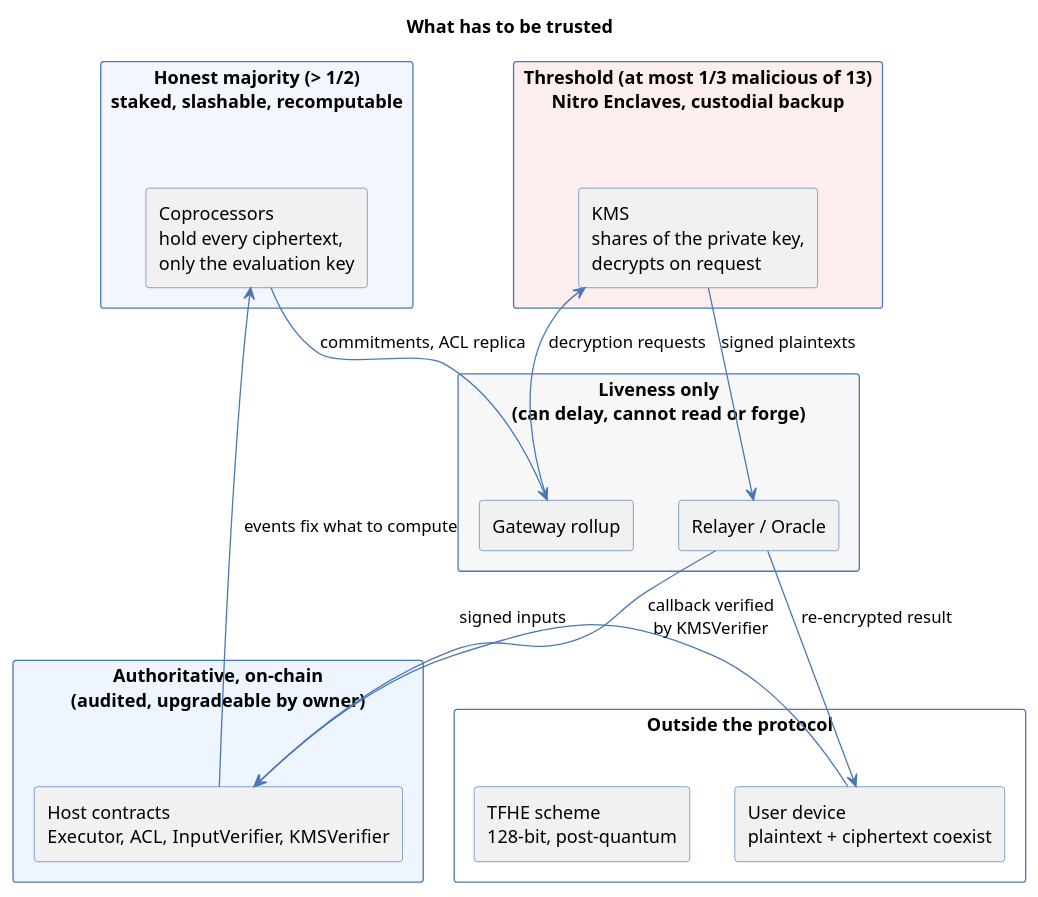
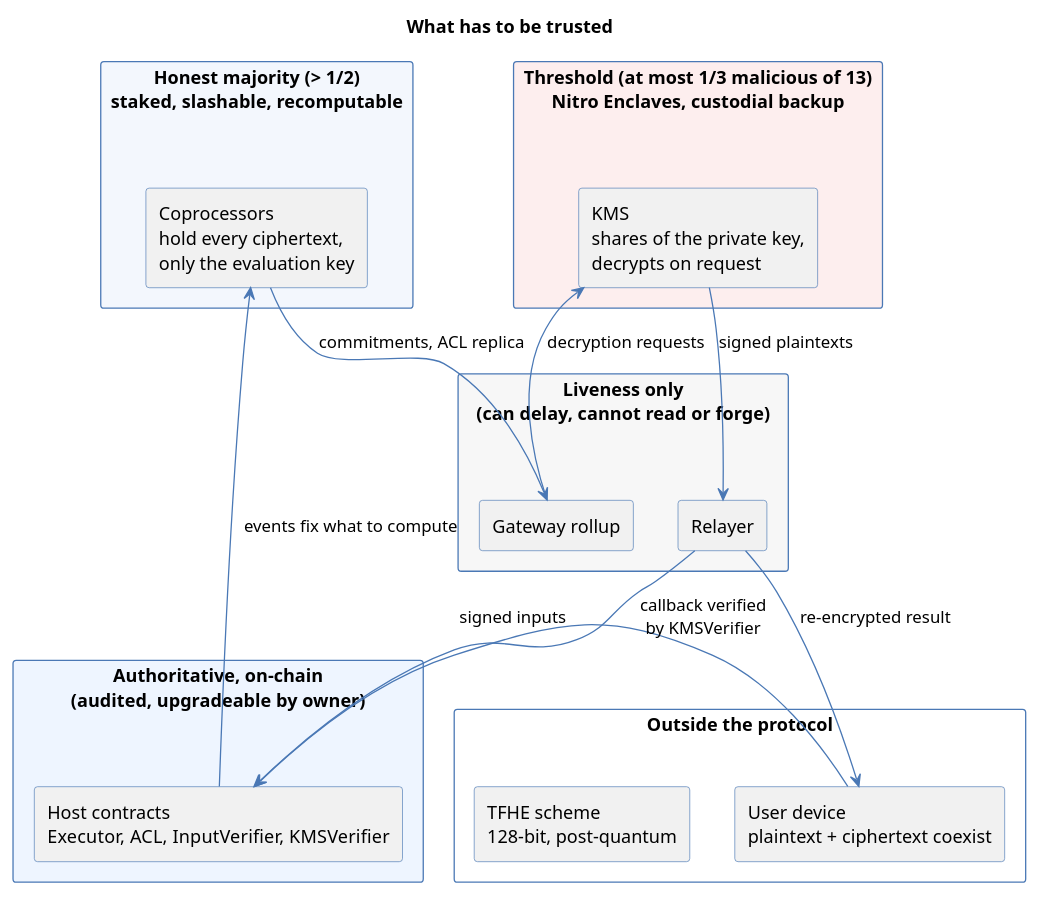
One commit to rya-sge/access-denied changed the diagram in assets/article/blockchain/zamafhe/zama-fhevm-trust-model-concept.puml. Above: the diagram before and after it, drawn with PlantUML. The commit also changed 50 other files, not shown here.

```diff
--- a/assets/article/blockchain/zamafhe/zama-fhevm-trust-model-concept.puml
+++ b/assets/article/blockchain/zamafhe/zama-fhevm-trust-model-concept.puml
@@ -1,39 +1,39 @@
 @startuml
 title What has to be trusted
 skinparam shadowing false
 skinparam componentStyle rectangle
 skinparam rectangle {
   BorderColor #4A78B5
 }
 skinparam ArrowColor #4A78B5
 
 rectangle "Authoritative, on-chain\n(audited, upgradeable by owner)" #EEF5FF {
   rectangle "Host contracts\nExecutor, ACL, InputVerifier, KMSVerifier" as host
 }
 
 rectangle "Honest majority (> 1/2)\nstaked, slashable, recomputable" #F3F7FD {
   rectangle "Coprocessors\nhold every ciphertext,\nonly the evaluation key" as cop
 }
 
 rectangle "Threshold (at most 1/3 malicious of 13)\nNitro Enclaves, custodial backup" #FDEEEE {
   rectangle "KMS\nshares of the private key,\ndecrypts on request" as kms
 }
 
 rectangle "Liveness only\n(can delay, cannot read or forge)" #F7F7F7 {
   rectangle "Gateway rollup" as gw
-  rectangle "Relayer / Oracle" as edge
+  rectangle "Relayer" as edge
 }
 
 rectangle "Outside the protocol" #FFFFFF {
   rectangle "User device\nplaintext + ciphertext coexist" as user
   rectangle "TFHE scheme\n128-bit, post-quantum" as fhe
 }
 
 user --> host : signed inputs
 host --> cop : events fix what to compute
 cop --> gw : commitments, ACL replica
 gw --> kms : decryption requests
 kms --> edge : signed plaintexts
 edge --> host : callback verified\nby KMSVerifier
 edge --> user : re-encrypted result
 @enduml
```
